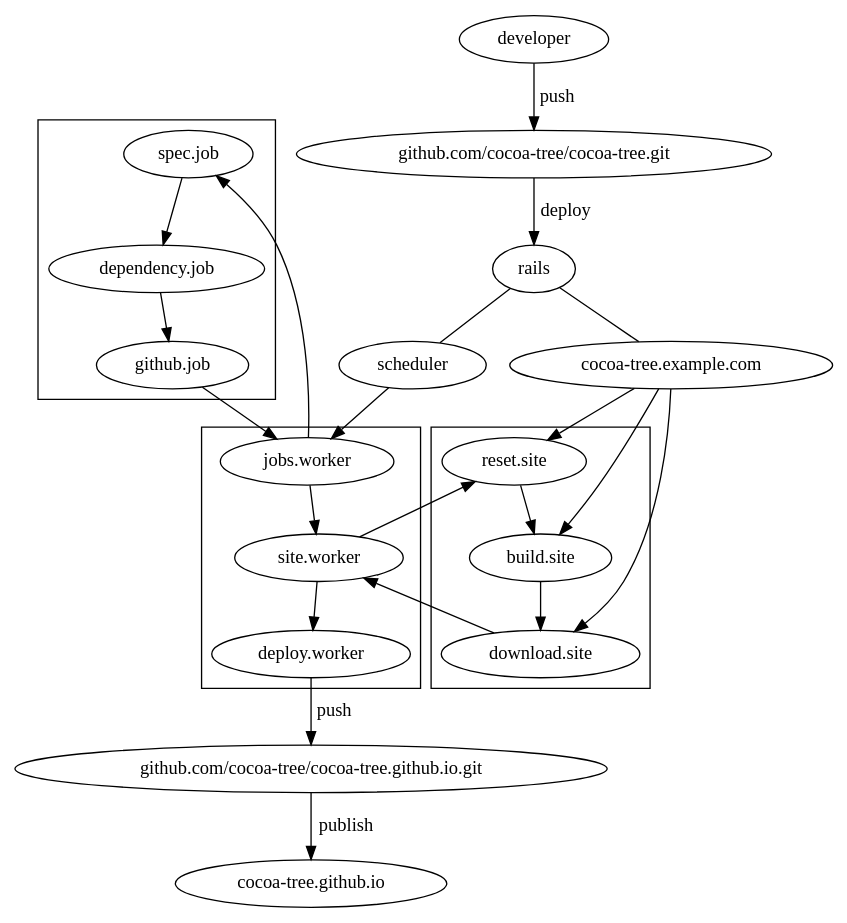
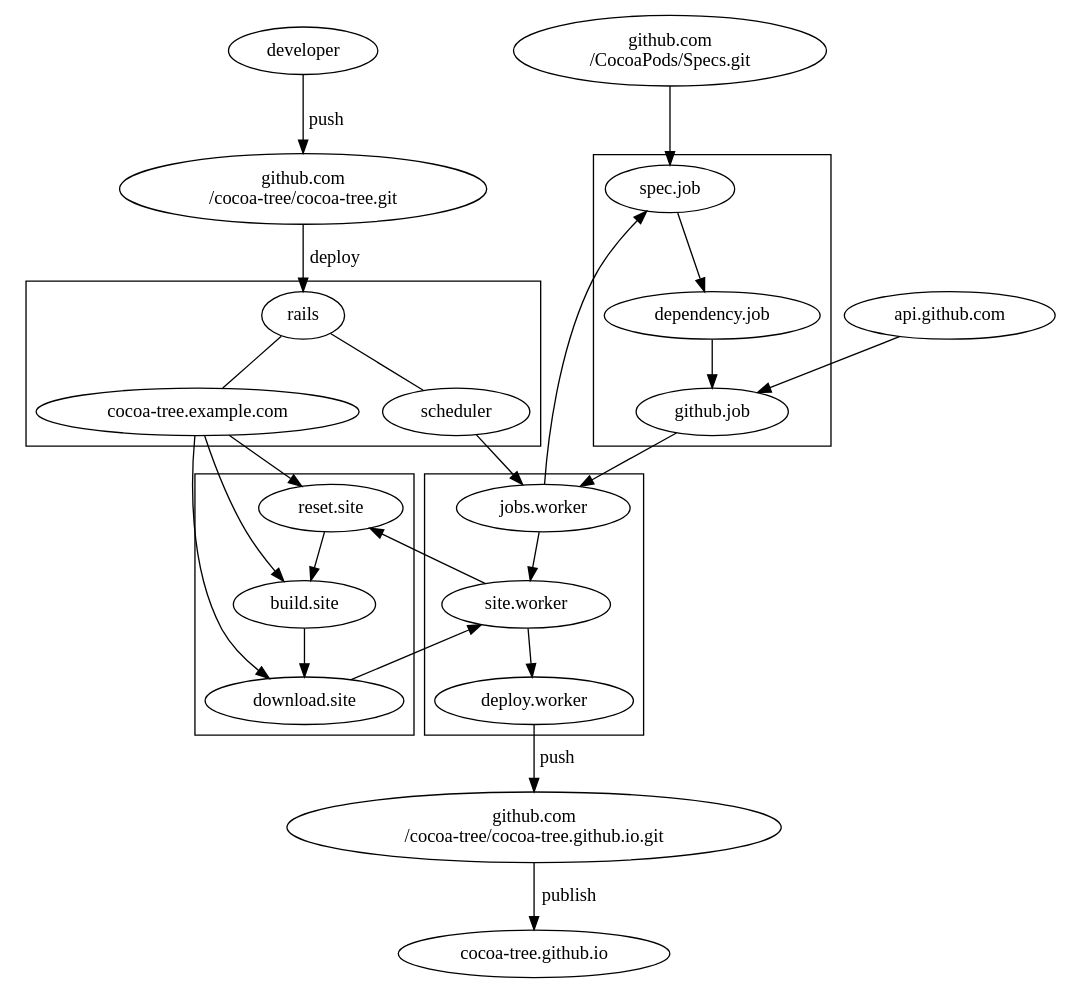
The diagram in concept/deployment.dot (bsingr/cocoa-tree), drawn with Graphviz before and after one commit. The commit also changed 1 other file, not shown here.

```diff
--- a/concept/deployment.dot
+++ b/concept/deployment.dot
@@ -1,35 +1,40 @@
 digraph deployment
 {
-  developer -> "github.com/cocoa-tree/cocoa-tree.git" [label="push"]
-  "github.com/cocoa-tree/cocoa-tree.git" -> rails [label="deploy"]
-  rails -> scheduler [arrowhead=none,arrowtail=none]
-  rails -> "cocoa-tree.example.com" [arrowhead=none,arrowtail=none]
-
+  developer -> "github.com\n/cocoa-tree/cocoa-tree.git" [label="push"]
+  "github.com\n/cocoa-tree/cocoa-tree.git" -> rails [label="deploy"]
+  
   subgraph cluster_0 {
     "spec.job" -> "dependency.job" -> "github.job"
   }
 
   subgraph cluster_1 {
     "jobs.worker" -> "site.worker" -> "deploy.worker"
   }
 
   subgraph cluster_2 {
     "reset.site" -> "build.site" -> "download.site"
   }
 
+  subgraph cluster_3 {
+    rails -> scheduler [arrowhead=none,arrowtail=none]
+    rails -> "cocoa-tree.example.com" [arrowhead=none,arrowtail=none]
+  }
+
   scheduler -> "jobs.worker"
 
   "jobs.worker" -> "spec.job"
   "github.job" -> "jobs.worker"
+  "github.com\n/CocoaPods/Specs.git" -> "spec.job"
+  "api.github.com" -> "github.job"
 
   "site.worker" -> "reset.site"
   "download.site" -> "site.worker"
 
   "cocoa-tree.example.com" -> "reset.site"
   "cocoa-tree.example.com" -> "build.site"
   "cocoa-tree.example.com" -> "download.site"
 
-  "deploy.worker" -> "github.com/cocoa-tree/cocoa-tree.github.io.git" [label="push"]
+  "deploy.worker" -> "github.com\n/cocoa-tree/cocoa-tree.github.io.git" [label="push"]
 
-  "github.com/cocoa-tree/cocoa-tree.github.io.git" -> "cocoa-tree.github.io" [label="publish"]
+  "github.com\n/cocoa-tree/cocoa-tree.github.io.git" -> "cocoa-tree.github.io" [label="publish"]
 }
```
